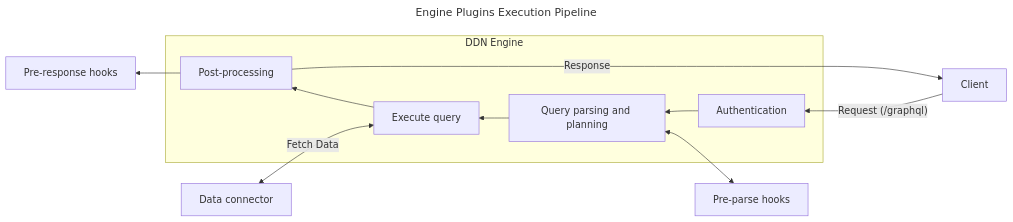
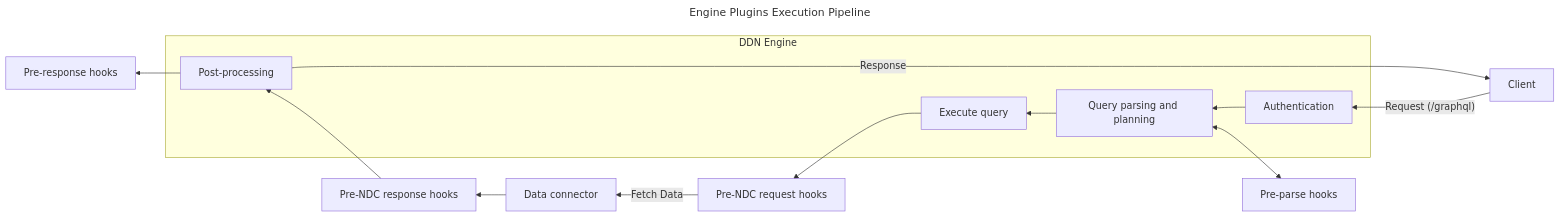
One commit to hasura/ddn-docs changed the first of 5 diagrams in docs/plugins/introduction.mdx. Above: the diagram before and after it, drawn with Mermaid. The commit also changed other lines of this file and 1 other file, not shown here.

````diff
--- a/docs/plugins/introduction.mdx
+++ b/docs/plugins/introduction.mdx
@@ -38,22 +40,24 @@
 ```mermaid
 ---
 title: Engine Plugins Execution Pipeline
 ---
 graph RL
     Client[Client] -->|"Request (/graphql)"| Authentication
     Authentication --> Query_Parsing_and_Planning["Query parsing and planning"]
     Query_Parsing_and_Planning --> Execute_Query["Execute query"]
-    Execute_Query <-->|Fetch Data| Data_Connector["Data connector"]
-    Execute_Query --> Post_Processing["Post-processing"]
+    Execute_Query --> Pre_NDC_Request_Hooks["Pre-NDC request hooks"]
+    Pre_NDC_Request_Hooks -->|Fetch Data| Data_Connector["Data connector"]
+    Data_Connector --> Pre_NDC_Response_Hooks["Pre-NDC response hooks"]
+    Pre_NDC_Response_Hooks --> Post_Processing["Post-processing"]
     Post_Processing --> Pre_Response_Hooks["Pre-response hooks"]
     Post_Processing -->|Response| Client
 
     subgraph DDN Engine
         Authentication
         Query_Parsing_and_Planning
         Execute_Query
         Post_Processing
     end
 
     Pre_Parse_Hooks["Pre-parse hooks"] <--> Query_Parsing_and_Planning
 ```
````
